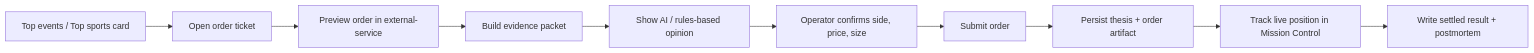
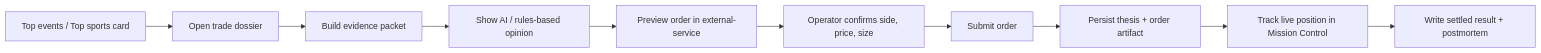
Before and after one commit to cortana-hd/cortana-external: the diagram in backtester/docs/source/roadmap/polymarket-v2-trade-loop.md, drawn with Mermaid. The commit also changed other lines of this file and 48 other files, not shown here.

````diff
--- a/backtester/docs/source/roadmap/polymarket-v2-trade-loop.md
+++ b/backtester/docs/source/roadmap/polymarket-v2-trade-loop.md
@@ -83,12 +109,12 @@
 ```mermaid
 flowchart LR
-    A["Top events / Top sports card"] --> B["Open order ticket"]
-    B --> C["Preview order in external-service"]
-    C --> D["Build evidence packet"]
-    D --> E["Show AI / rules-based opinion"]
+    A["Top events / Top sports card"] --> B["Open trade dossier"]
+    B --> C["Build evidence packet"]
+    C --> D["Show AI / rules-based opinion"]
+    D --> E["Preview order in external-service"]
     E --> F["Operator confirms side, price, size"]
     F --> G["Submit order"]
     G --> H["Persist thesis + order artifact"]
     H --> I["Track live position in Mission Control"]
     I --> J["Write settled result + postmortem"]
 ```
````
